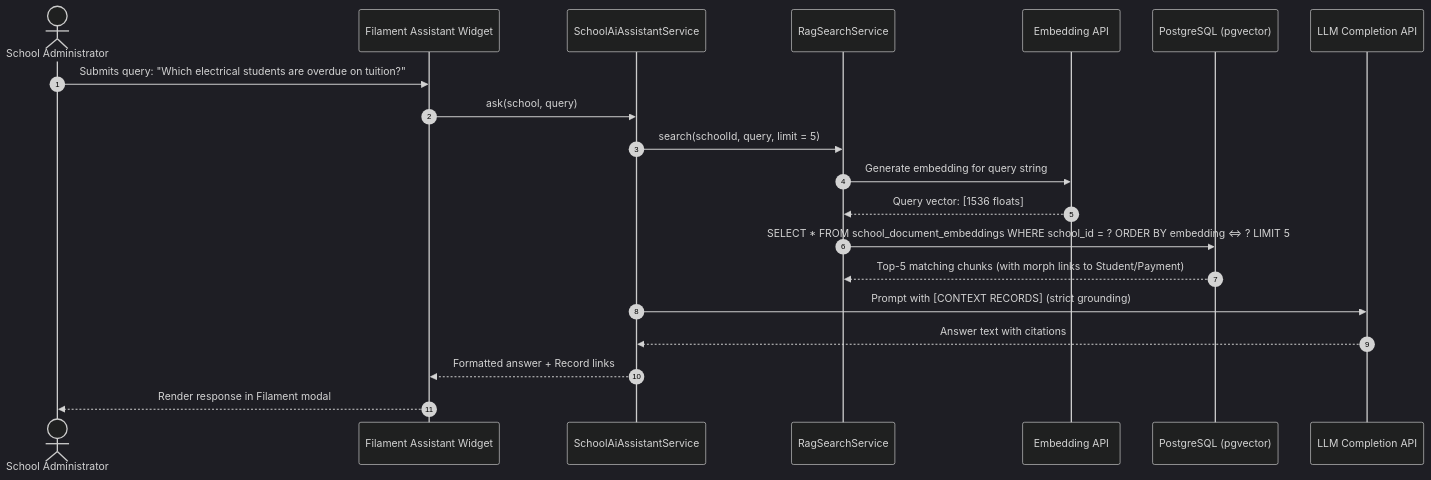
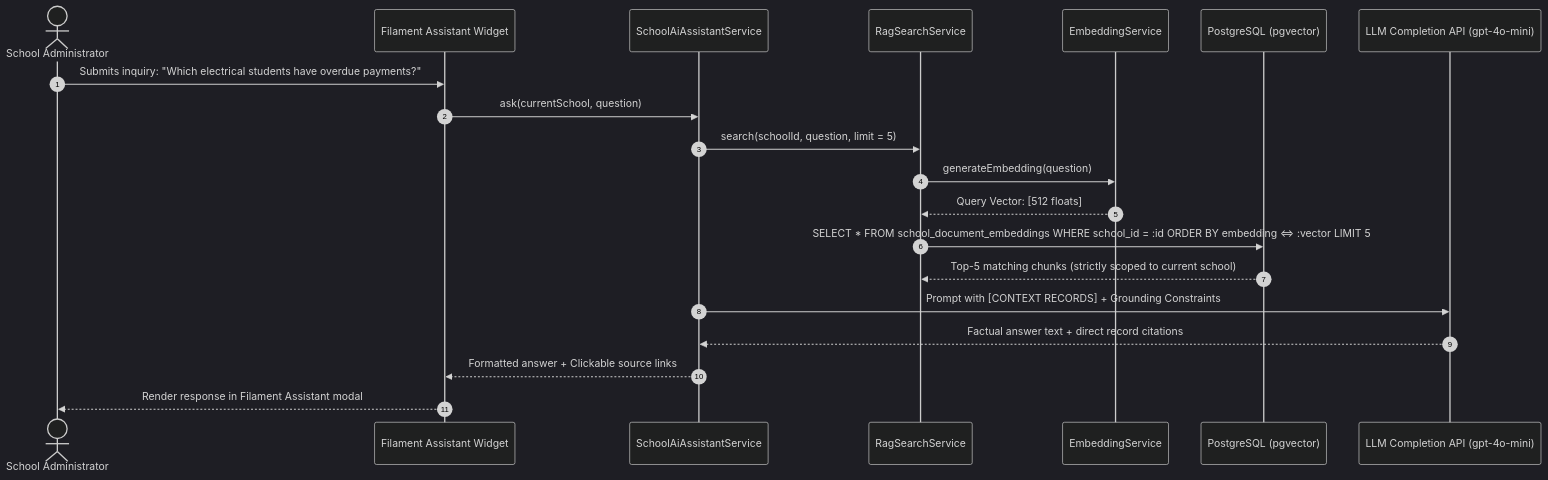
The second of 2 diagrams in documentation/ADR-0001-vector-embeddings-and-rag-architecture.md (bryanjamesmiller/vectors-example), drawn with Mermaid (dark theme) before and after one commit. The commit also changed other lines of this file and 1 other file, not shown here.

Commit message:
docs: update ADR-0001 with settled multitenancy RAG architecture and 512d vectors

````diff
--- a/documentation/ADR-0001-vector-embeddings-and-rag-architecture.md
+++ b/documentation/ADR-0001-vector-embeddings-and-rag-architecture.md
@@ -76,26 +83,26 @@
 ```mermaid
 sequenceDiagram
     autonumber
     actor Admin as School Administrator
     participant UI as Filament Assistant Widget
     participant Assistant as SchoolAiAssistantService
     participant Search as RagSearchService
-    participant AI_Embed as Embedding API
+    participant Embed as EmbeddingService
     participant PG as PostgreSQL (pgvector)
-    participant AI_LLM as LLM Completion API
+    participant LLM as LLM Completion API (gpt-4o-mini)
 
-    Admin->>UI: Submits query: "Which electrical students are overdue on tuition?"
-    UI->>Assistant: ask(school, query)
-    Assistant->>Search: search(schoolId, query, limit = 5)
+    Admin->>UI: Submits inquiry: "Which electrical students have overdue payments?"
+    UI->>Assistant: ask(currentSchool, question)
+    Assistant->>Search: search(schoolId, question, limit = 5)
     
-    Search->>AI_Embed: Generate embedding for query string
-    AI_Embed-->>Search: Query vector: [1536 floats]
+    Search->>Embed: generateEmbedding(question)
+    Embed-->>Search: Query Vector: [512 floats]
     
-    Search->>PG: SELECT * FROM school_document_embeddings WHERE school_id = ? ORDER BY embedding <=> ? LIMIT 5
-    PG-->>Search: Top-5 matching chunks (with morph links to Student/Payment)
+    Search->>PG: SELECT * FROM school_document_embeddings WHERE school_id = :id ORDER BY embedding <=> :vector LIMIT 5
+    PG-->>Search: Top-5 matching chunks (strictly scoped to current school)
     
-    Assistant->>AI_LLM: Prompt with [CONTEXT RECORDS] (strict grounding)
-    AI_LLM-->>Assistant: Answer text with citations
-    Assistant-->>UI: Formatted answer + Record links
-    UI-->>Admin: Render response in Filament modal
+    Assistant->>LLM: Prompt with [CONTEXT RECORDS] + Grounding Constraints
+    LLM-->>Assistant: Factual answer text + direct record citations
+    Assistant-->>UI: Formatted answer + Clickable source links
+    UI-->>Admin: Render response in Filament Assistant modal
 ```
````
